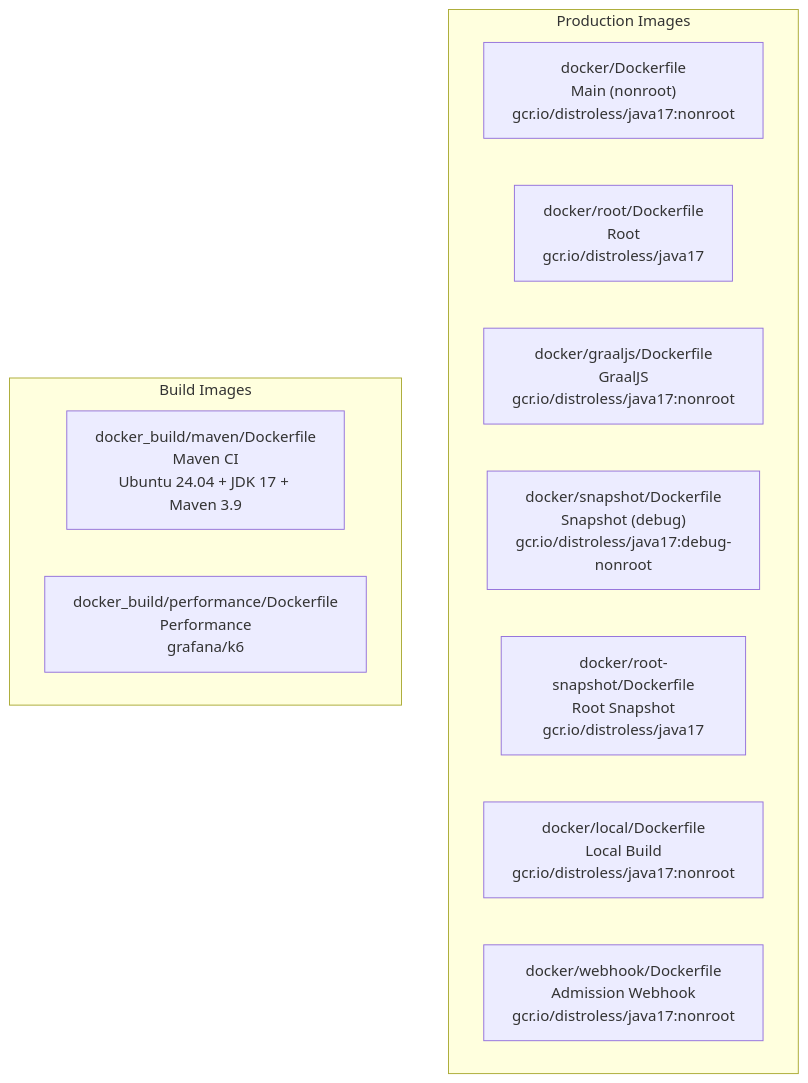
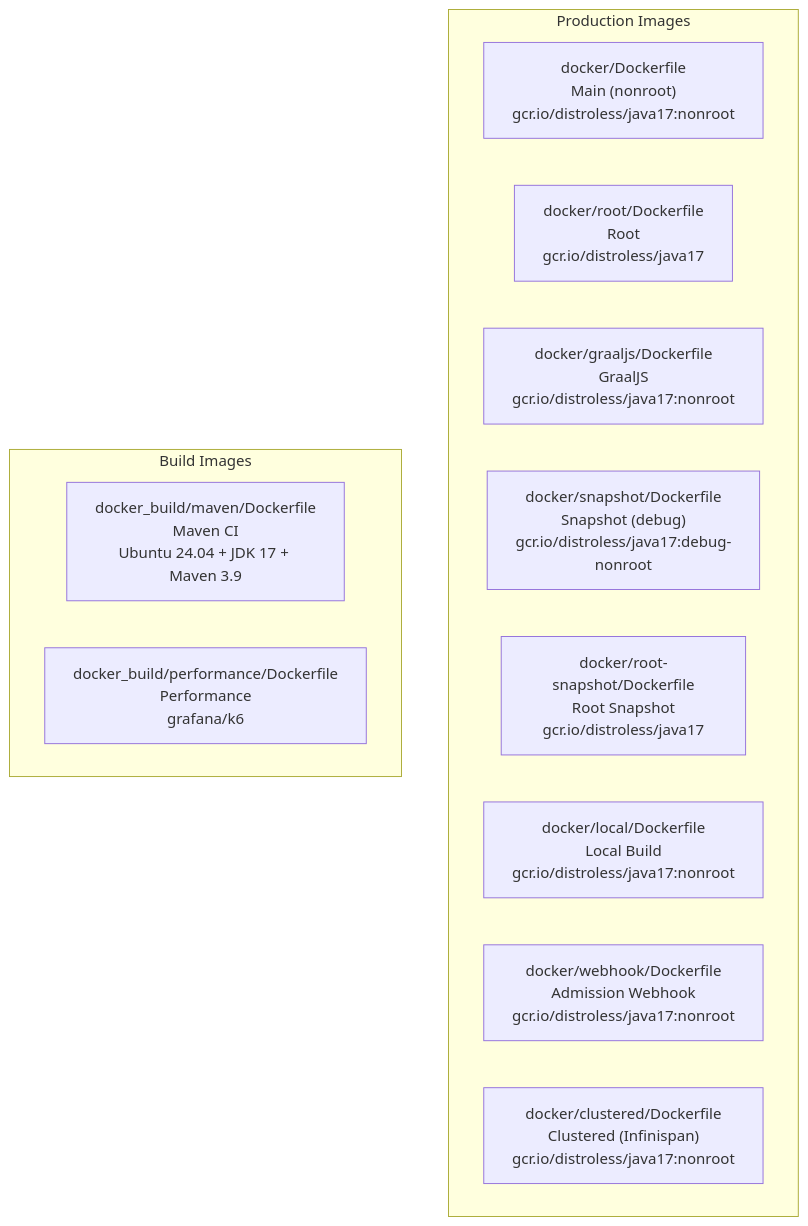
The first of 3 diagrams in docs/infrastructure/docker.md (weotr/mockserver-monorepo), drawn with Mermaid before and after one commit. The commit also changed other lines of this file and 3 other files, not shown here.

````diff
--- a/docs/infrastructure/docker.md
+++ b/docs/infrastructure/docker.md
@@ -7,35 +7,38 @@
 ```mermaid
 graph TB
     subgraph "Production Images"
         MAIN["docker/Dockerfile
 Main (nonroot)
 gcr.io/distroless/java17:nonroot"]
         ROOT["docker/root/Dockerfile
 Root
 gcr.io/distroless/java17"]
         GRAAL["docker/graaljs/Dockerfile
 GraalJS
 gcr.io/distroless/java17:nonroot"]
         SNAP["docker/snapshot/Dockerfile
 Snapshot (debug)
 gcr.io/distroless/java17:debug-nonroot"]
         RSNAP["docker/root-snapshot/Dockerfile
 Root Snapshot
 gcr.io/distroless/java17"]
         LOCAL["docker/local/Dockerfile
 Local Build
 gcr.io/distroless/java17:nonroot"]
         WEBHOOK["docker/webhook/Dockerfile
 Admission Webhook
 gcr.io/distroless/java17:nonroot"]
+        CLUSTERED["docker/clustered/Dockerfile
+Clustered (Infinispan)
+gcr.io/distroless/java17:nonroot"]
     end
 
     subgraph "Build Images"
         MVN["docker_build/maven/Dockerfile
 Maven CI
 Ubuntu 24.04 + JDK 17 + Maven 3.9"]
         PERF["docker_build/performance/Dockerfile
 Performance
 grafana/k6"]
     end
 ```
````
